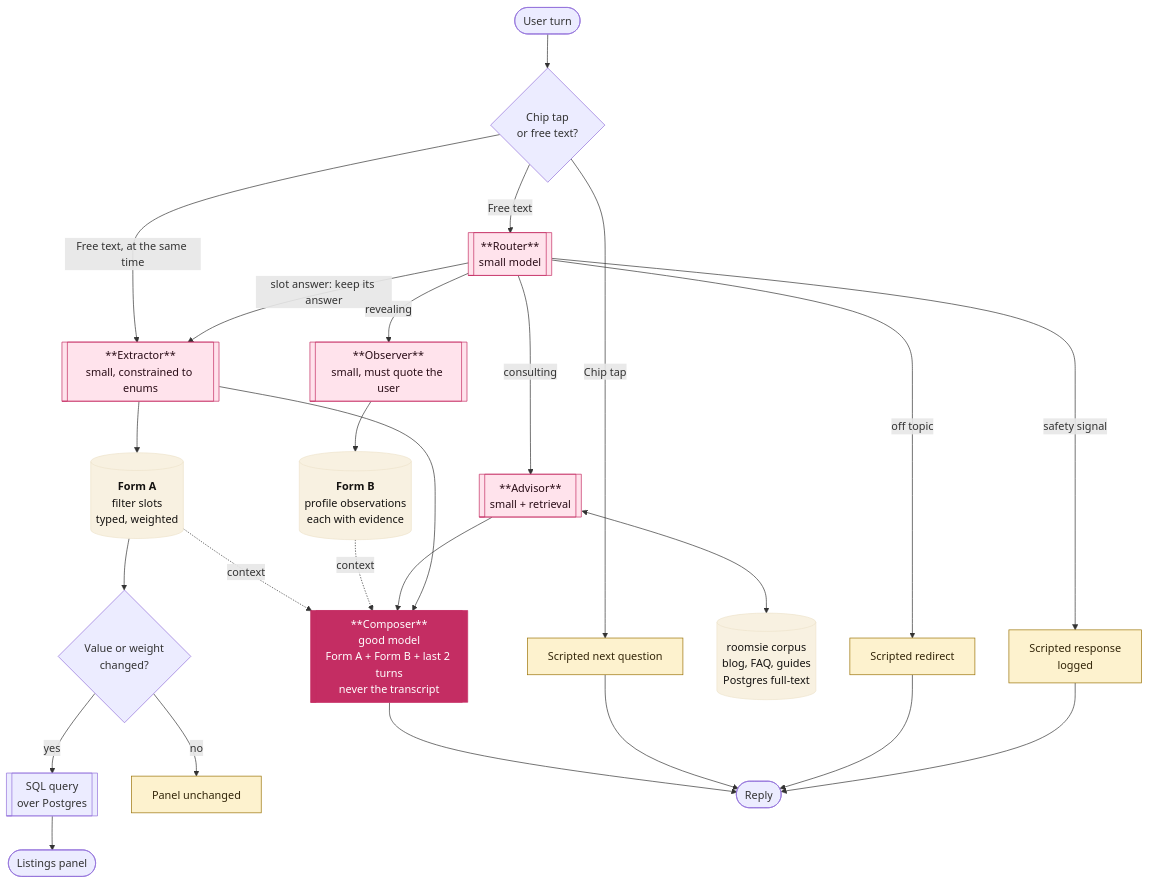
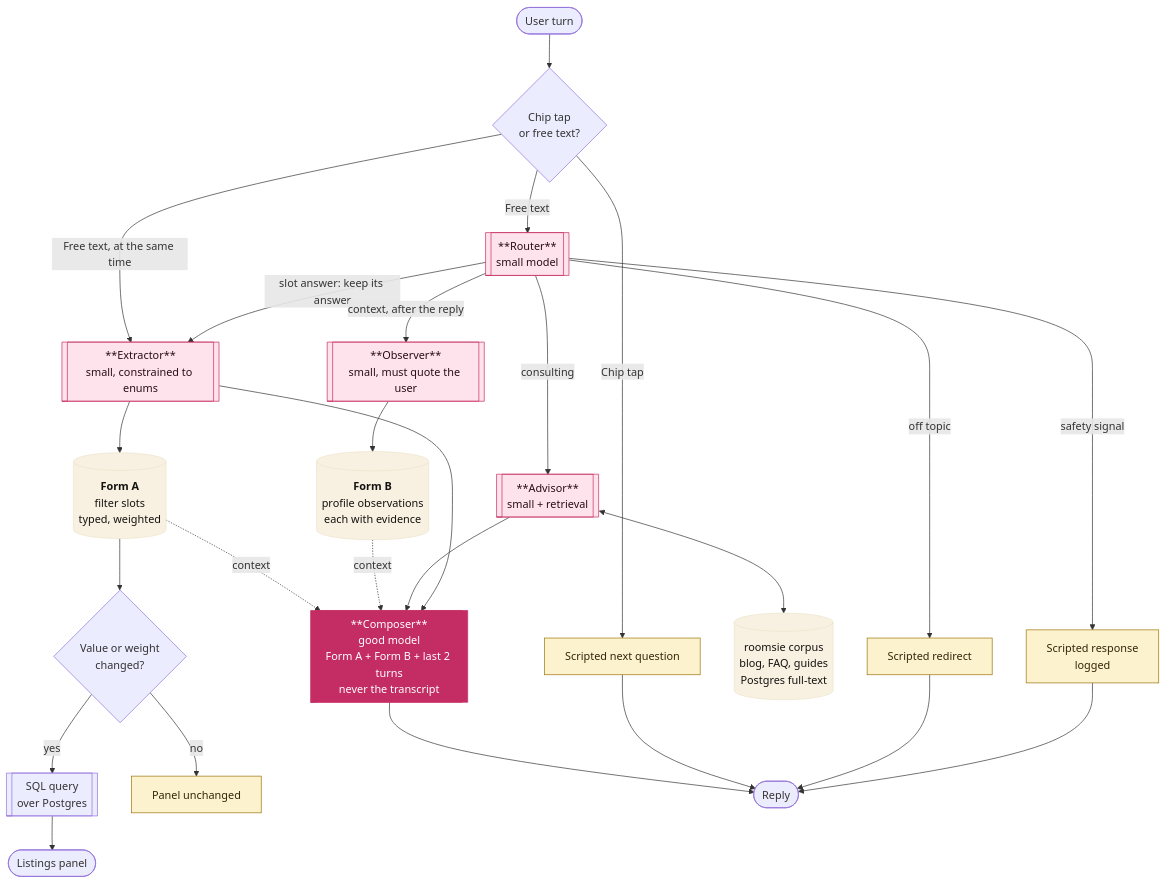
The first of 2 diagrams in docs/agent-architecture.md (magentawood/roomsie), drawn with Mermaid before and after one commit. The commit also changed other lines of this file and 70 other files, not shown here.

````diff
--- a/docs/agent-architecture.md
+++ b/docs/agent-architecture.md
@@ -121,48 +121,48 @@
 ```mermaid
 flowchart TD
     U([User turn])
 
     U --> K{Chip tap<br/>or free text?}
 
     K -->|Chip tap| SCR[Scripted next question]
     K -->|Free text| R[["**Router**<br/>small model"]]
 
     K -->|Free text, at the same time| EX[["**Extractor**<br/>small, constrained to enums"]]
     R -->|slot answer: keep its answer| EX
-    R -->|revealing| OB[["**Observer**<br/>small, must quote the user"]]
+    R -->|context, after the reply| OB[["**Observer**<br/>small, must quote the user"]]
     R -->|consulting| AD[["**Advisor**<br/>small + retrieval"]]
     R -->|off topic| RED[Scripted redirect]
     R -->|safety signal| SAF[Scripted response<br/>logged]
 
     AD <--> CORP[(roomsie corpus<br/>blog, FAQ, guides<br/>Postgres full-text)]
 
     EX --> FA[(<b>Form A</b><br/>filter slots<br/>typed, weighted)]
     OB --> FB[(<b>Form B</b><br/>profile observations<br/>each with evidence)]
 
     FA --> CH{Value or weight<br/>changed?}
     CH -->|yes| SQL[[SQL query<br/>over Postgres]]
     CH -->|no| STILL[Panel unchanged]
     SQL --> PANEL([Listings panel])
 
     FA -.context.-> CMP
     FB -.context.-> CMP
     AD --> CMP
     EX --> CMP
 
     CMP[["**Composer**<br/>good model<br/>Form A + Form B + last 2 turns<br/>never the transcript"]]
 
     CMP --> OUT([Reply])
     SCR --> OUT
     RED --> OUT
     SAF --> OUT
 
     classDef nomodel fill:#FDF2CE,stroke:#9A7206,color:#33260A
     classDef small fill:#FFE3EC,stroke:#C42D63,color:#2A0D17
     classDef big fill:#C42D63,stroke:#C42D63,color:#FFFFFF
     classDef store fill:#F8F1E1,stroke:#EDE3CC,color:#141210
 
     class SCR,RED,SAF,STILL nomodel
     class R,EX,OB,AD small
     class CMP big
     class FA,FB,CORP store
 ```
````
